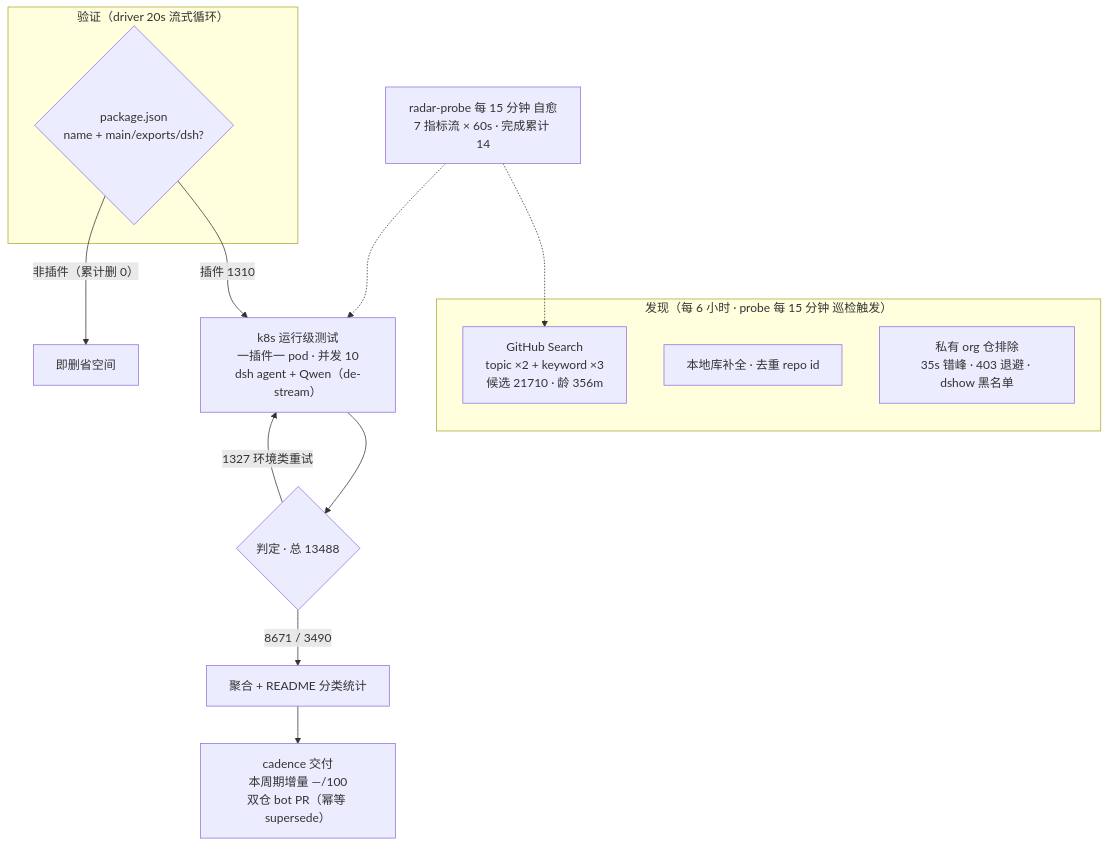
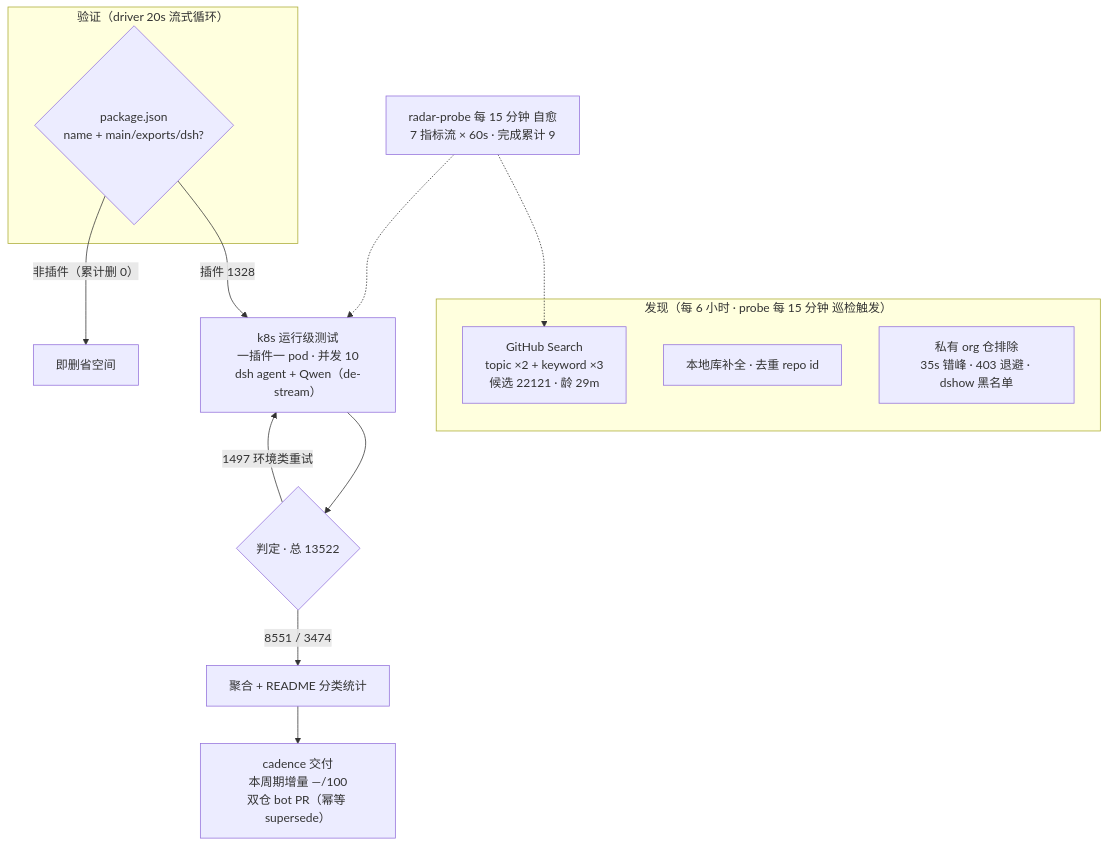
One commit to Zhidao-Lab-OSS/awesome-dsh-plugins changed the diagram in README.md. Above: the diagram before and after it, drawn with Mermaid. The commit also changed other lines of this file, not shown here.

````diff
--- a/README.md
+++ b/README.md
@@ -55,20 +55,20 @@
 ```mermaid
 flowchart TB
     subgraph Discovery["发现（每 6 小时 · probe 每 15 分钟 巡检触发）"]
-        A1["GitHub Search<br/>topic ×2 + keyword ×3<br/>候选 21710 · 龄 356m"]
+        A1["GitHub Search<br/>topic ×2 + keyword ×3<br/>候选 22121 · 龄 29m"]
         A2["本地库补全 · 去重 repo id"]
         A3["私有 org 仓排除<br/>35s 错峰 · 403 退避 · dshow 黑名单"]
     end
     subgraph Validation["验证（driver 20s 流式循环）"]
         B1{"package.json<br/>name + main/exports/dsh?"}
     end
-    B1 -->|"插件 1310"| C1["k8s 运行级测试<br/>一插件一 pod · 并发 10<br/>dsh agent + Qwen（de-stream）"]
+    B1 -->|"插件 1328"| C1["k8s 运行级测试<br/>一插件一 pod · 并发 10<br/>dsh agent + Qwen（de-stream）"]
     B1 -->|"非插件（累计删 0）"| B3["即删省空间"]
-    C1 --> D1{"判定 · 总 13488"}
-    D1 -->|"8671 / 3490"| E1["聚合 + README 分类统计"]
-    D1 -->|"1327 环境类重试"| C1
+    C1 --> D1{"判定 · 总 13522"}
+    D1 -->|"8551 / 3474"| E1["聚合 + README 分类统计"]
+    D1 -->|"1497 环境类重试"| C1
     E1 --> E2["cadence 交付<br/>本周期增量 —/100<br/>双仓 bot PR（幂等 supersede）"]
-    M["radar-probe 每 15 分钟 自愈<br/>7 指标流 × 60s · 完成累计 14"]
+    M["radar-probe 每 15 分钟 自愈<br/>7 指标流 × 60s · 完成累计 9"]
     M -.-> A1
     M -.-> C1
 ```
````
